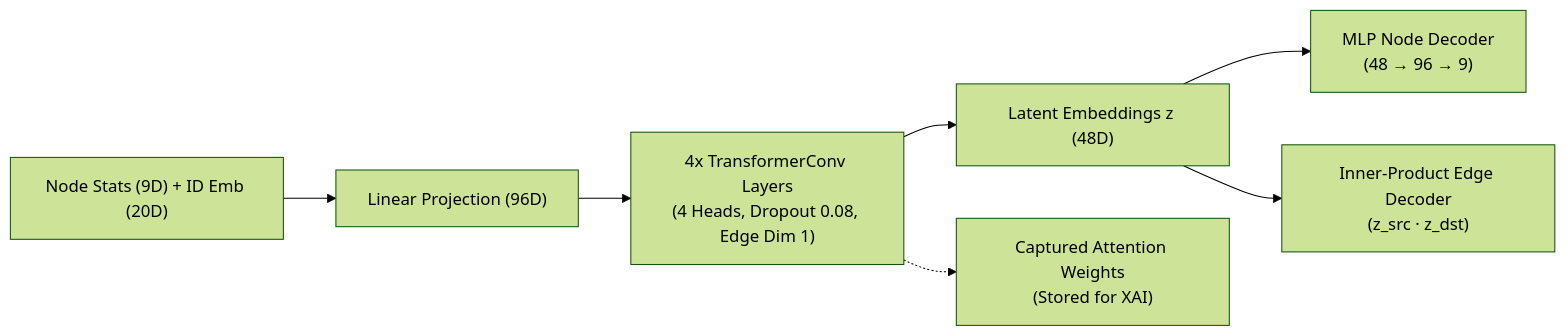
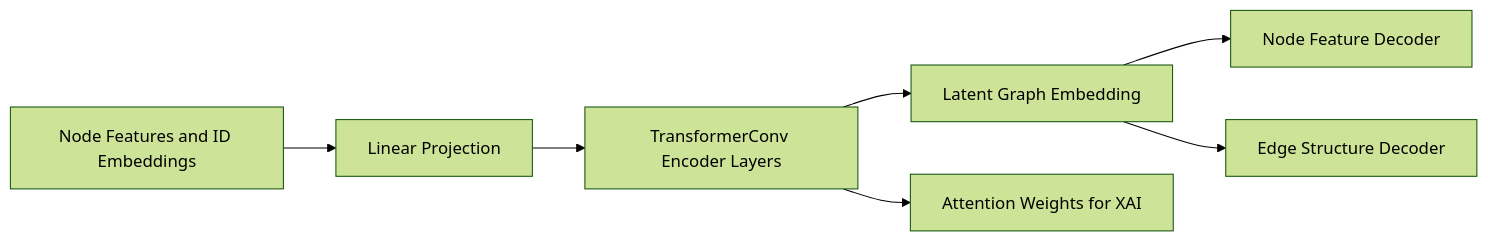
Before and after one commit to Etrlnx/pjt_1: the second of 2 diagrams in graph-transformer/README.md, drawn with Mermaid (forest theme). The commit also changed other lines of this file and 1 other file, not shown here.

Commit message:
Fixed the mermaid parsing error in the main README of the directory

````diff
--- a/graph-transformer/README.md
+++ b/graph-transformer/README.md
@@ -112,9 +93,10 @@
 ```mermaid
 flowchart LR
-    A["Node Stats (9D) + ID Emb (20D)"] --> B["Linear Projection (96D)"]
-    B --> C["4x TransformerConv Layers<br/>(4 Heads, Dropout 0.08, Edge Dim 1)"]
-    C --> D["Latent Embeddings z (48D)"]
-    D --> E["MLP Node Decoder<br/>(48 → 96 → 9)"]
-    D --> F["Inner-Product Edge Decoder<br/>(z_src · z_dst)"]
-    C -.-> G["Captured Attention Weights<br/>(Stored for XAI)"]
+
+A[Node Features and ID Embeddings] --> B[Linear Projection]
+B --> C[TransformerConv Encoder Layers]
+C --> D[Latent Graph Embedding]
+D --> E[Node Feature Decoder]
+D --> F[Edge Structure Decoder]
+C --> G[Attention Weights for XAI]
 ```
````
